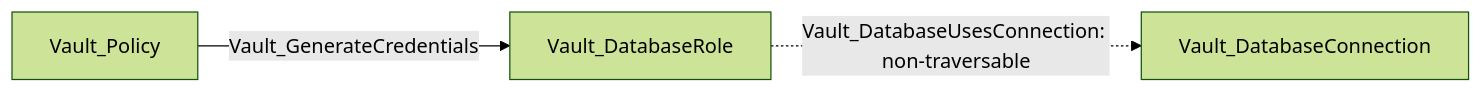
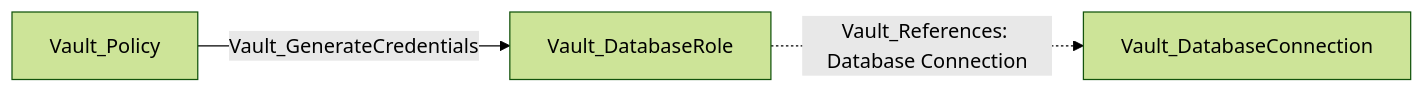
The eighth of 29 diagrams in Documentation/stores/MOUNTS.md (bytewreck/opengraph-vault), drawn with Mermaid (forest theme) before and after one commit. The commit also changed other lines of this file and 6 other files, not shown here.

````diff
--- a/Documentation/stores/MOUNTS.md
+++ b/Documentation/stores/MOUNTS.md
@@ -133,5 +133,5 @@
 ```mermaid
 flowchart LR
     policy[Vault_Policy] -->|Vault_GenerateCredentials| role[Vault_DatabaseRole]
-    role -.->|Vault_DatabaseUsesConnection: non-traversable| connection[Vault_DatabaseConnection]
+    role -.->|Vault_References: Database Connection| connection[Vault_DatabaseConnection]
 ```
````
